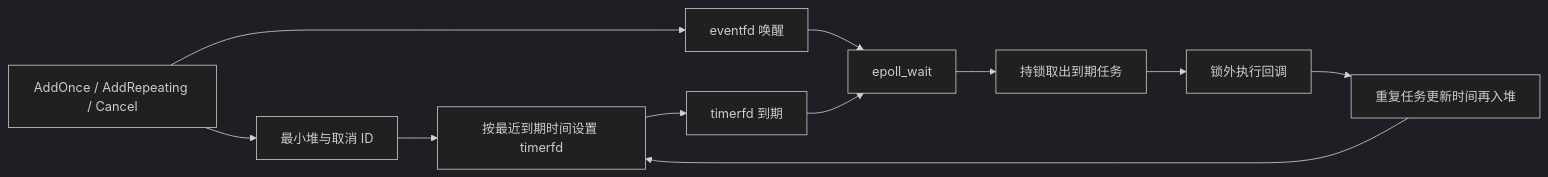
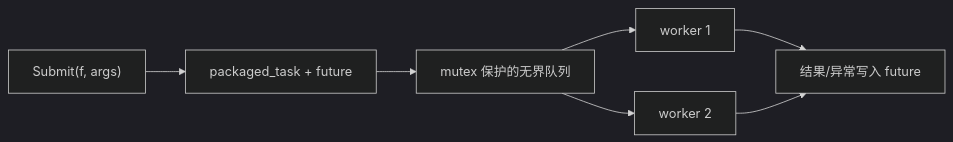
One commit to Franch-Toast/Scriptorium changed the second of 4 diagrams in docs/document/撰修司/illuminator性能监控平台/设计方案/06-scheduling-and-observability.md. Above: the diagram before and after it, drawn with Mermaid (dark theme). The commit also changed other lines of this file and 20 other files, not shown here.

````diff
--- a/docs/document/撰修司/illuminator性能监控平台/设计方案/06-scheduling-and-observability.md
+++ b/docs/document/撰修司/illuminator性能监控平台/设计方案/06-scheduling-and-observability.md
@@ -49,14 +102,10 @@
 ```mermaid
 %%{init: {"flowchart":{"useMaxWidth":false,"htmlLabels":false}}}%%
 flowchart LR
-    API[AddOnce / AddRepeating / Cancel] --> HEAP[最小堆与取消 ID]
-    API --> EV[eventfd 唤醒]
-    HEAP --> ARM[按最近到期时间设置 timerfd]
-    ARM --> TF[timerfd 到期]
-    EV --> EP[epoll_wait]
-    TF --> EP
-    EP --> POP[持锁取出到期任务]
-    POP --> CB[锁外执行回调]
-    CB --> RE[重复任务更新时间再入堆]
-    RE --> ARM
+    S["Submit(f, args)"] --> P["packaged_task + future"]
+    P --> Q["mutex 保护的无界队列"]
+    Q --> W1["worker 1"]
+    Q --> W2["worker 2"]
+    W1 --> R["结果/异常写入 future"]
+    W2 --> R
 ```
````
